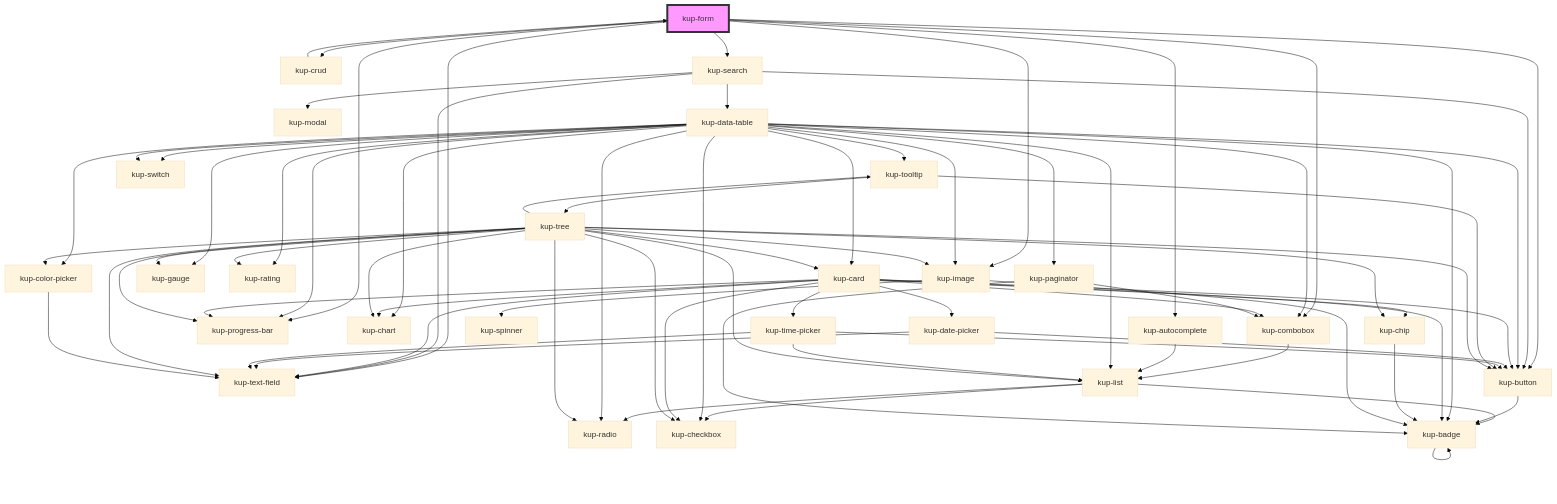
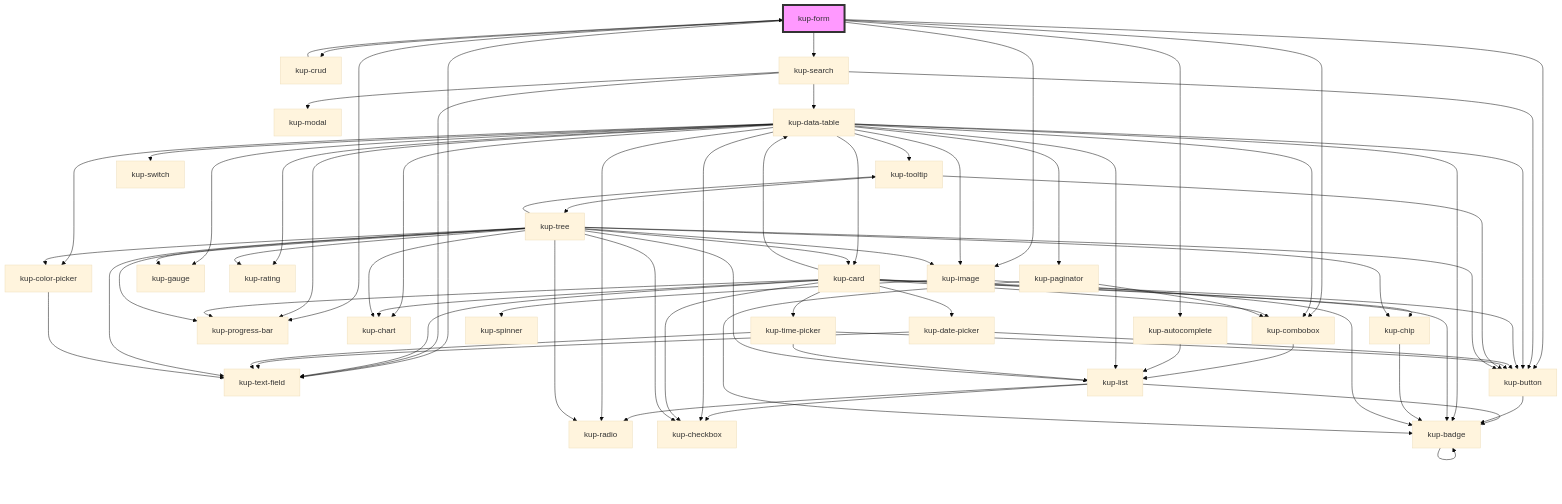
The diagram in packages/ketchup/src/components/kup-form/readme.md (smeup/ketchup), drawn with Mermaid (base theme) before and after one commit. The commit also changed 11 other files, not shown here.

````diff
--- a/packages/ketchup/src/components/kup-form/readme.md
+++ b/packages/ketchup/src/components/kup-form/readme.md
@@ -131,78 +131,78 @@
 ```mermaid
 graph TD;
   kup-form --> kup-combobox
   kup-form --> kup-crud
   kup-form --> kup-autocomplete
   kup-form --> kup-search
   kup-form --> kup-image
   kup-form --> kup-progress-bar
   kup-form --> kup-text-field
   kup-form --> kup-button
   kup-combobox --> kup-list
   kup-list --> kup-radio
   kup-list --> kup-checkbox
   kup-list --> kup-badge
   kup-badge --> kup-badge
   kup-crud --> kup-form
   kup-button --> kup-badge
   kup-autocomplete --> kup-list
   kup-search --> kup-text-field
   kup-search --> kup-button
   kup-search --> kup-modal
   kup-search --> kup-data-table
   kup-data-table --> kup-card
   kup-data-table --> kup-checkbox
   kup-data-table --> kup-tooltip
   kup-data-table --> kup-list
   kup-data-table --> kup-image
   kup-data-table --> kup-button
   kup-data-table --> kup-chart
   kup-data-table --> kup-color-picker
   kup-data-table --> kup-gauge
   kup-data-table --> kup-progress-bar
   kup-data-table --> kup-rating
   kup-data-table --> kup-radio
   kup-data-table --> kup-paginator
   kup-data-table --> kup-switch
   kup-data-table --> kup-combobox
-  kup-data-table --> kup-switch
   kup-data-table --> kup-badge
   kup-card --> kup-chip
   kup-card --> kup-badge
   kup-card --> kup-button
   kup-card --> kup-checkbox
   kup-card --> kup-combobox
   kup-card --> kup-date-picker
   kup-card --> kup-text-field
   kup-card --> kup-time-picker
+  kup-card --> kup-data-table
   kup-card --> kup-progress-bar
   kup-card --> kup-chart
   kup-chip --> kup-badge
   kup-date-picker --> kup-text-field
   kup-date-picker --> kup-button
   kup-time-picker --> kup-text-field
   kup-time-picker --> kup-button
   kup-time-picker --> kup-list
   kup-tooltip --> kup-button
   kup-tooltip --> kup-tree
   kup-tree --> kup-image
   kup-tree --> kup-button
   kup-tree --> kup-chart
   kup-tree --> kup-checkbox
   kup-tree --> kup-chip
   kup-tree --> kup-color-picker
   kup-tree --> kup-gauge
   kup-tree --> kup-progress-bar
   kup-tree --> kup-rating
   kup-tree --> kup-radio
   kup-tree --> kup-tooltip
   kup-tree --> kup-list
   kup-tree --> kup-text-field
   kup-tree --> kup-card
   kup-image --> kup-spinner
   kup-image --> kup-badge
   kup-color-picker --> kup-text-field
   kup-paginator --> kup-combobox
   kup-paginator --> kup-badge
   style kup-form fill:#f9f,stroke:#333,stroke-width:4px
 ```
````
